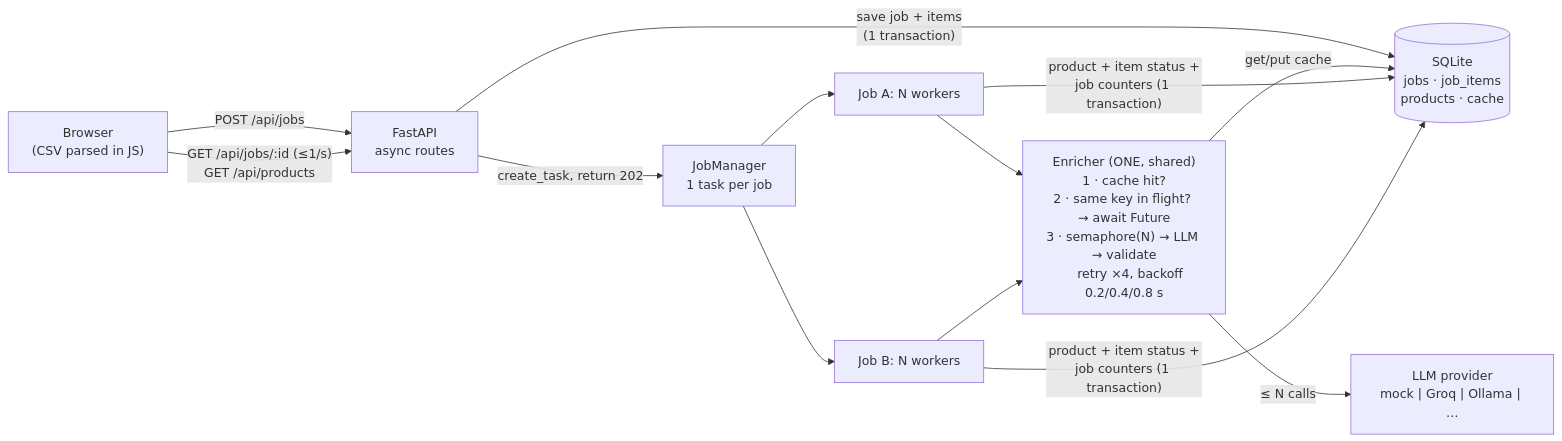
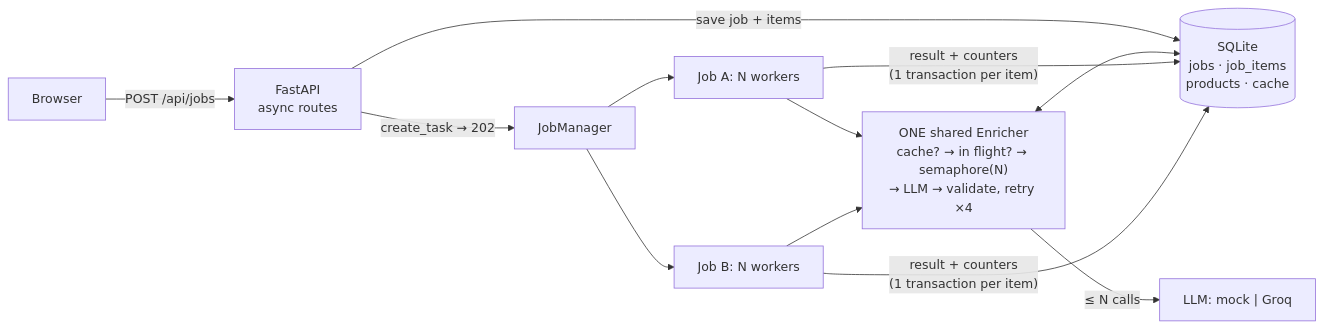
The diagram in DESIGN.md (Balaga-Lokesh/CatalogIQ), drawn with Mermaid before and after one commit. The commit also changed other lines of this file, not shown here.

````diff
--- a/DESIGN.md
+++ b/DESIGN.md
@@ -5,13 +5,12 @@
 ```mermaid
 flowchart LR
-    UI["Browser<br/>(CSV parsed in JS)"] -- "POST /api/jobs" --> API["FastAPI<br/>async routes"]
-    API -- "save job + items<br/>(1 transaction)" --> DB[("SQLite<br/>jobs · job_items<br/>products · cache")]
-    API -- "create_task, return 202" --> JM["JobManager<br/>1 task per job"]
+    UI["Browser"] -- "POST /api/jobs" --> API["FastAPI<br/>async routes"]
+    API -- "save job + items" --> DB[("SQLite<br/>jobs · job_items<br/>products · cache")]
+    API -- "create_task → 202" --> JM["JobManager"]
     JM --> WA["Job A: N workers"]
     JM --> WB["Job B: N workers"]
-    WA & WB --> EN["Enricher (ONE, shared)<br/>1 · cache hit?<br/>2 · same key in flight? → await Future<br/>3 · semaphore(N) → LLM → validate<br/>&nbsp;&nbsp;&nbsp;&nbsp;retry ×4, backoff 0.2/0.4/0.8 s"]
-    EN -- "get/put cache" --> DB
-    EN -- "≤ N calls" --> LLM["LLM provider<br/>mock | Groq | Ollama | …"]
-    WA & WB -- "product + item status +<br/>job counters (1 transaction)" --> DB
-    UI -- "GET /api/jobs/:id (≤1/s)<br/>GET /api/products" --> API
+    WA & WB --> EN["ONE shared Enricher<br/>cache? → in flight? → semaphore(N)<br/>→ LLM → validate, retry ×4"]
+    EN -- "≤ N calls" --> LLM["LLM: mock | Groq"]
+    EN <--> DB
+    WA & WB -- "result + counters<br/>(1 transaction per item)" --> DB
 ```
````
